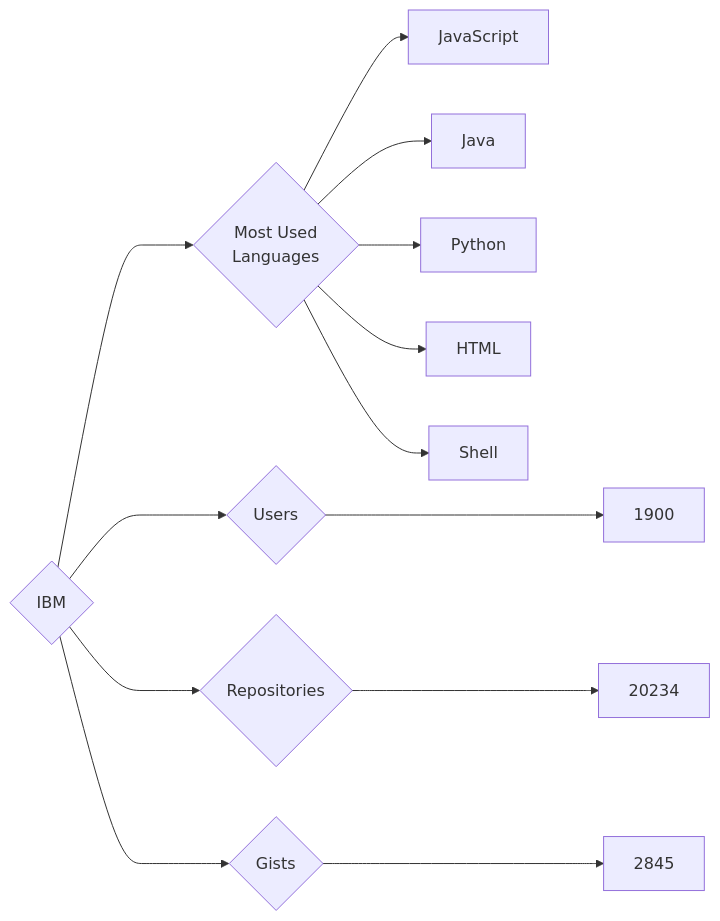
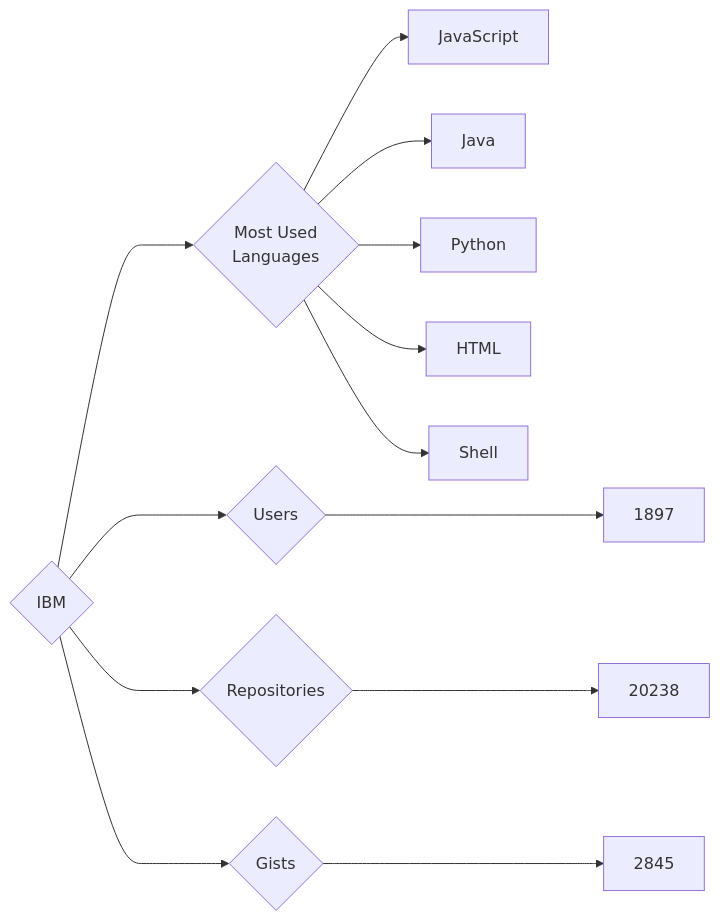
The diagram in targets/IBM/README.md (trickest/insiders), drawn with Mermaid before and after one commit. The commit also changed 714 other files, not shown here.

````diff
--- a/targets/IBM/README.md
+++ b/targets/IBM/README.md
@@ -3,13 +3,13 @@
 ```mermaid
 graph LR
 COMPANY_NAME{IBM}
-COMPANY_NAME ---> U{Users} ---> UN[1900]
-COMPANY_NAME ---> R{Repositories} ---> RN[20234]
+COMPANY_NAME ---> U{Users} ---> UN[1897]
+COMPANY_NAME ---> R{Repositories} ---> RN[20238]
 COMPANY_NAME ---> G{Gists} ---> GN[2845]
 COMPANY_NAME ---> ML{Most Used<br>Languages}
 ML --> JavaScript[JavaScript]
 ML --> Java[Java]
 ML --> Python[Python]
 ML --> HTML[HTML]
 ML --> Shell[Shell]
 ```
````
